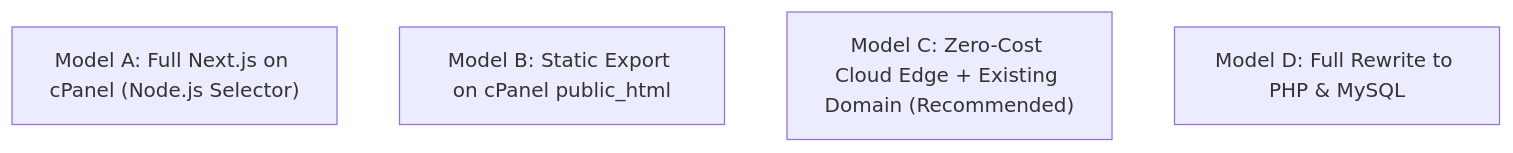
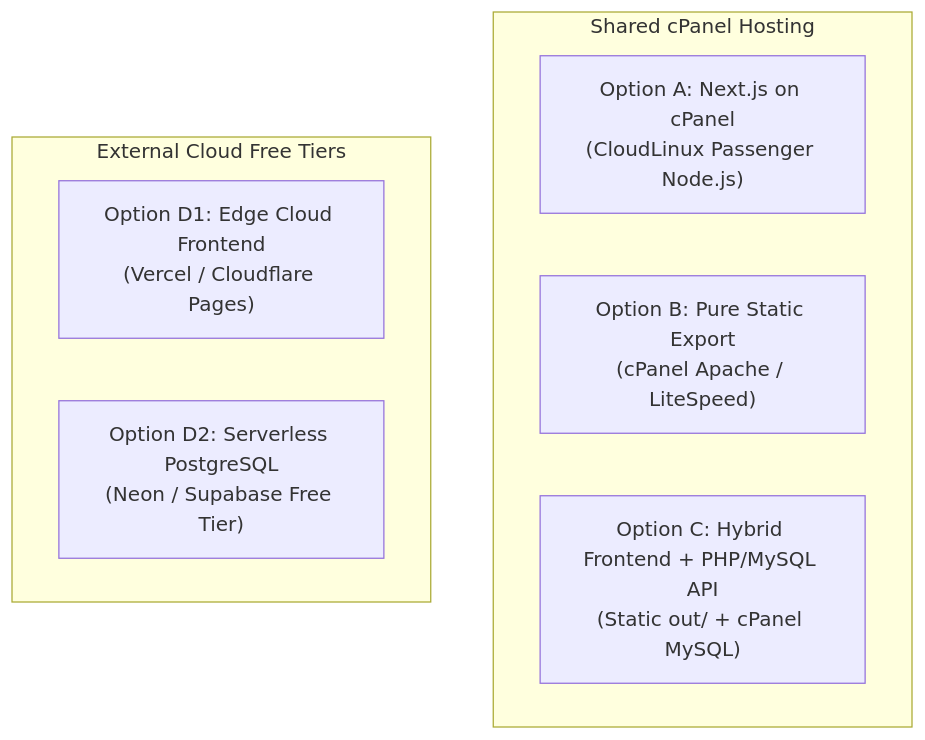
The first of 2 diagrams in docs/DEPLOYMENT_FEASIBILITY.md (traderdev777/WowCars), drawn with Mermaid before and after one commit. The commit also changed other lines of this file and 5 other files, not shown here.

Commit message:
docs: add zero-budget hosting feasibility analysis, cPanel deployment guide, database implementation plan, and founder action checklist

````diff
--- a/docs/DEPLOYMENT_FEASIBILITY.md
+++ b/docs/DEPLOYMENT_FEASIBILITY.md
@@ -30,7 +29,12 @@
 ```mermaid
 graph TD
-    A["Model A: Full Next.js on cPanel (Node.js Selector)"]
-    B["Model B: Static Export on cPanel public_html"]
-    C["Model C: Zero-Cost Cloud Edge + Existing Domain (Recommended)"]
-    D["Model D: Full Rewrite to PHP & MySQL"]
+    subgraph Shared cPanel Hosting
+        OptA["Option A: Next.js on cPanel<br/>(CloudLinux Passenger Node.js)"]
+        OptB["Option B: Pure Static Export<br/>(cPanel Apache / LiteSpeed)"]
+        OptC["Option C: Hybrid Frontend + PHP/MySQL API<br/>(Static out/ + cPanel MySQL)"]
+    end
+    subgraph External Cloud Free Tiers
+        OptD1["Option D1: Edge Cloud Frontend<br/>(Vercel / Cloudflare Pages)"]
+        OptD2["Option D2: Serverless PostgreSQL<br/>(Neon / Supabase Free Tier)"]
+    end
 ```
````
